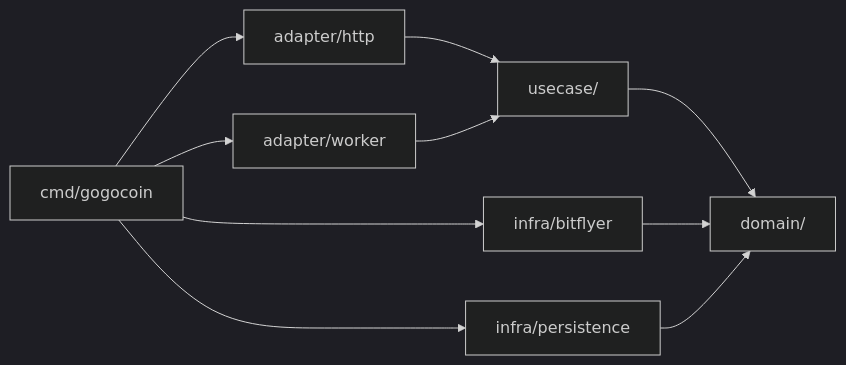
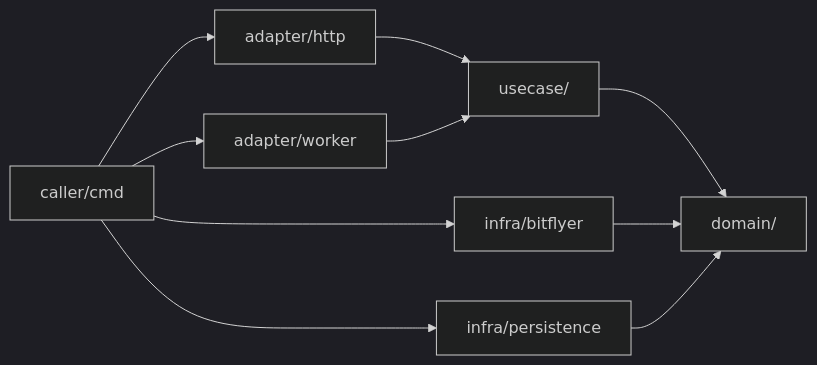
The first of 4 diagrams in content/en/posts/introducing-gogocoin.md (bmf-san/bmf-tech), drawn with Mermaid (dark theme) before and after one commit. The commit also changed other lines of this file and 1 other file, not shown here.

First line of the commit message:
fix: v1.6.0対応 — cmd/gogocoin削除・Docker設定のexample/移動を反映 (en+ja)

````diff
--- a/content/en/posts/introducing-gogocoin.md
+++ b/content/en/posts/introducing-gogocoin.md
@@ -67,20 +72,20 @@
 ```mermaid
 graph LR
-    cmd[cmd/gogocoin]
+    caller[caller/cmd]
     http[adapter/http]
     worker[adapter/worker]
     bf[infra/bitflyer]
     db[infra/persistence]
     uc[usecase/]
     domain[domain/]
 
-    cmd --> http
-    cmd --> worker
-    cmd --> bf
-    cmd --> db
+    caller --> http
+    caller --> worker
+    caller --> bf
+    caller --> db
     http --> uc
     worker --> uc
     uc --> domain
     bf --> domain
     db --> domain
 ```
````
